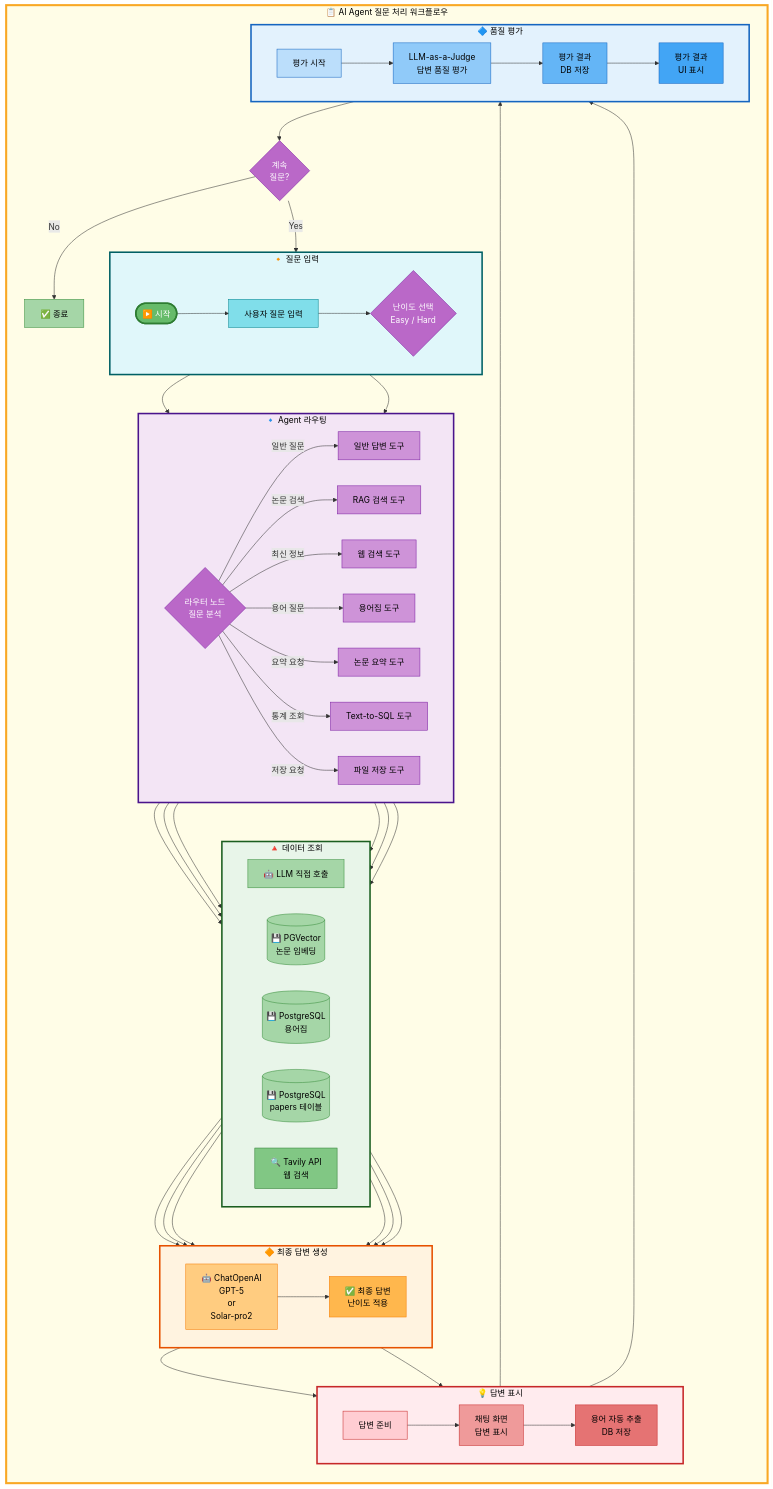
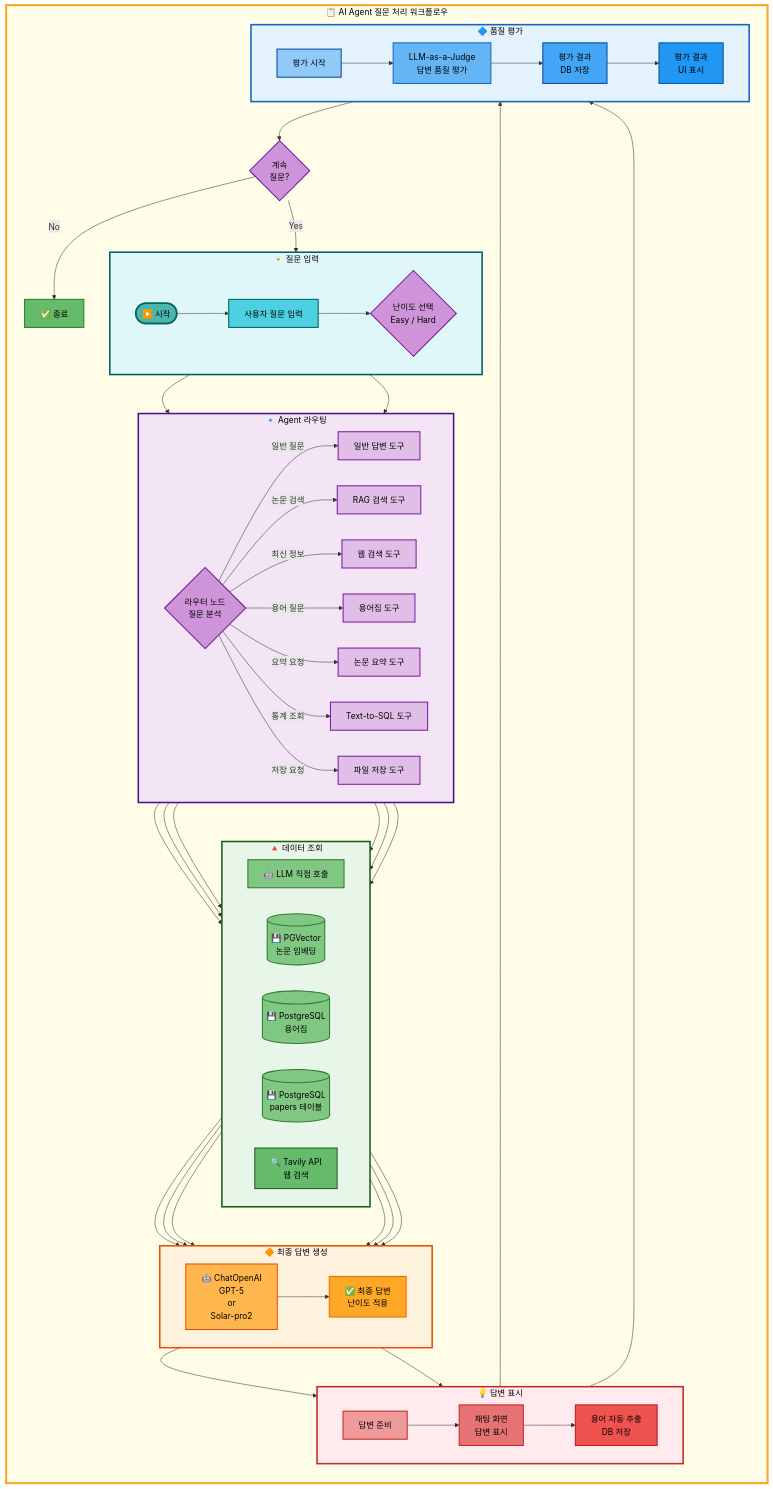
The second of 3 diagrams in docs/modularization/01_프로젝트_구조.md (AIBootcamp14/langchainproject-new-langchainproject_5), drawn with Mermaid before and after one commit.

Commit message:
docs: 모든 노드 텍스트를 검정색으로 변경 및 배경색 채도 강화
- 모든 노드 텍스트: color:#000 (완전 검정)
- 노드 배경색 채도 증가 (더 진하게)
  - 청록: #4dd0e1, 시작: #4db6ac
  - 보라: #ce93d8, #e1bee7
  - 녹색: #81c784, #66bb6a
  - 주황: #ffb74d, #ffa726
  - 빨강: #ef9a9a, #e57373, #ef5350
  - 파랑: #90caf9, #64b5f6, #42a5f5, #2196f3
- 노드 테두리: stroke-width 2px로 통일
- 텍스트 가독성 대폭 향상

````diff
--- a/docs/modularization/01_프로젝트_구조.md
+++ b/docs/modularization/01_프로젝트_구조.md
@@ -194,43 +194,43 @@
     style Evaluation fill:#e3f2fd,stroke:#1565c0,stroke-width:3px,color:#000
 
     %% 노드 스타일 (입력 - 청록 계열)
-    style Start fill:#66bb6a,stroke:#2e7d32,stroke-width:3px,color:#fff
-    style User fill:#80deea,stroke:#00838f,color:#000
-    style Difficulty fill:#ba68c8,stroke:#7b1fa2,color:#fff
+    style Start fill:#4db6ac,stroke:#00695c,stroke-width:3px,color:#000
+    style User fill:#4dd0e1,stroke:#006064,stroke-width:2px,color:#000
+    style Difficulty fill:#ce93d8,stroke:#7b1fa2,stroke-width:2px,color:#000
 
     %% 노드 스타일 (Agent - 보라 계열)
-    style Router fill:#ba68c8,stroke:#7b1fa2,color:#fff
-    style GeneralTool fill:#ce93d8,stroke:#7b1fa2,color:#000
-    style RAGTool fill:#ce93d8,stroke:#7b1fa2,color:#000
-    style WebTool fill:#ce93d8,stroke:#7b1fa2,color:#000
-    style GlossaryTool fill:#ce93d8,stroke:#7b1fa2,color:#000
-    style SummarizeTool fill:#ce93d8,stroke:#7b1fa2,color:#000
-    style Text2SQLTool fill:#ce93d8,stroke:#7b1fa2,color:#000
-    style SaveTool fill:#ce93d8,stroke:#7b1fa2,color:#000
+    style Router fill:#ce93d8,stroke:#6a1b9a,stroke-width:2px,color:#000
+    style GeneralTool fill:#e1bee7,stroke:#7b1fa2,stroke-width:2px,color:#000
+    style RAGTool fill:#e1bee7,stroke:#7b1fa2,stroke-width:2px,color:#000
+    style WebTool fill:#e1bee7,stroke:#7b1fa2,stroke-width:2px,color:#000
+    style GlossaryTool fill:#e1bee7,stroke:#7b1fa2,stroke-width:2px,color:#000
+    style SummarizeTool fill:#e1bee7,stroke:#7b1fa2,stroke-width:2px,color:#000
+    style Text2SQLTool fill:#e1bee7,stroke:#7b1fa2,stroke-width:2px,color:#000
+    style SaveTool fill:#e1bee7,stroke:#7b1fa2,stroke-width:2px,color:#000
 
     %% 노드 스타일 (데이터 조회 - 녹색 계열)
-    style LLMDirect fill:#a5d6a7,stroke:#388e3c,color:#000
-    style VectorDB fill:#a5d6a7,stroke:#388e3c,color:#000
-    style PostgreSQL fill:#a5d6a7,stroke:#388e3c,color:#000
-    style PostgreSQL2 fill:#a5d6a7,stroke:#388e3c,color:#000
-    style TavilyAPI fill:#81c784,stroke:#2e7d32,color:#000
+    style LLMDirect fill:#81c784,stroke:#2e7d32,stroke-width:2px,color:#000
+    style VectorDB fill:#81c784,stroke:#2e7d32,stroke-width:2px,color:#000
+    style PostgreSQL fill:#81c784,stroke:#2e7d32,stroke-width:2px,color:#000
+    style PostgreSQL2 fill:#81c784,stroke:#2e7d32,stroke-width:2px,color:#000
+    style TavilyAPI fill:#66bb6a,stroke:#1b5e20,stroke-width:2px,color:#000
 
     %% 노드 스타일 (답변 생성 - 주황 계열)
-    style LLM fill:#ffcc80,stroke:#f57c00,color:#000
-    style Answer fill:#ffb74d,stroke:#f57c00,color:#000
+    style LLM fill:#ffb74d,stroke:#e65100,stroke-width:2px,color:#000
+    style Answer fill:#ffa726,stroke:#ef6c00,stroke-width:2px,color:#000
 
     %% 노드 스타일 (답변 표시 - 빨강 계열)
-    style DispStart fill:#ffcdd2,stroke:#c62828,color:#000
-    style ShowAnswer fill:#ef9a9a,stroke:#c62828,color:#000
-    style SaveTerms fill:#e57373,stroke:#c62828,color:#000
+    style DispStart fill:#ef9a9a,stroke:#c62828,stroke-width:2px,color:#000
+    style ShowAnswer fill:#e57373,stroke:#c62828,stroke-width:2px,color:#000
+    style SaveTerms fill:#ef5350,stroke:#b71c1c,stroke-width:2px,color:#000
 
     %% 노드 스타일 (품질 평가 - 파랑 계열)
-    style EvalStart fill:#bbdefb,stroke:#1565c0,color:#000
-    style EvalAnswer fill:#90caf9,stroke:#1565c0,color:#000
-    style SaveEval fill:#64b5f6,stroke:#1565c0,color:#000
-    style ShowEval fill:#42a5f5,stroke:#1565c0,color:#000
+    style EvalStart fill:#90caf9,stroke:#0d47a1,stroke-width:2px,color:#000
+    style EvalAnswer fill:#64b5f6,stroke:#1565c0,stroke-width:2px,color:#000
+    style SaveEval fill:#42a5f5,stroke:#0d47a1,stroke-width:2px,color:#000
+    style ShowEval fill:#2196f3,stroke:#01579b,stroke-width:2px,color:#000
 
     %% 노드 스타일 (흐름 제어)
-    style Continue fill:#ba68c8,stroke:#7b1fa2,color:#fff
-    style End fill:#a5d6a7,stroke:#388e3c,color:#000
+    style Continue fill:#ce93d8,stroke:#6a1b9a,stroke-width:2px,color:#000
+    style End fill:#66bb6a,stroke:#2e7d32,stroke-width:2px,color:#000
 ```
````
